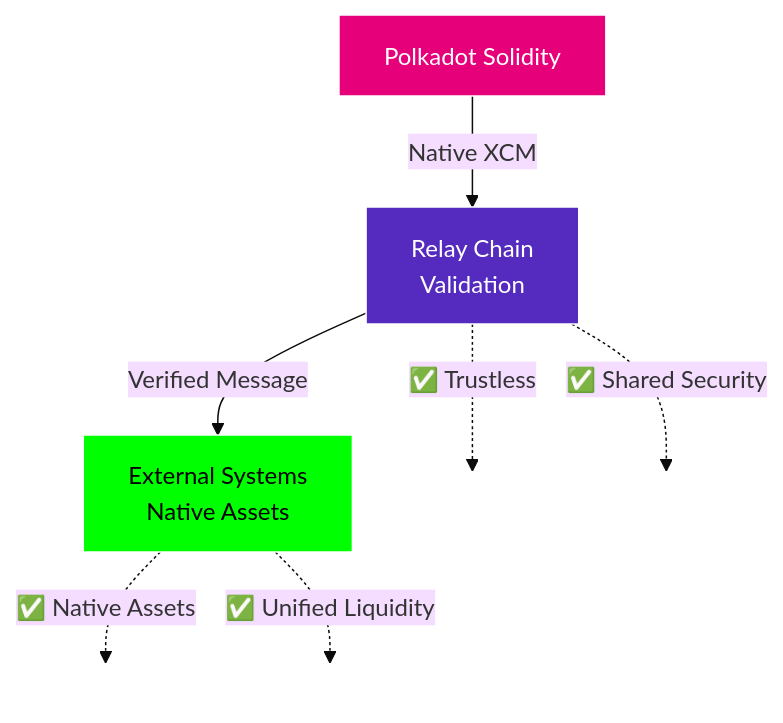
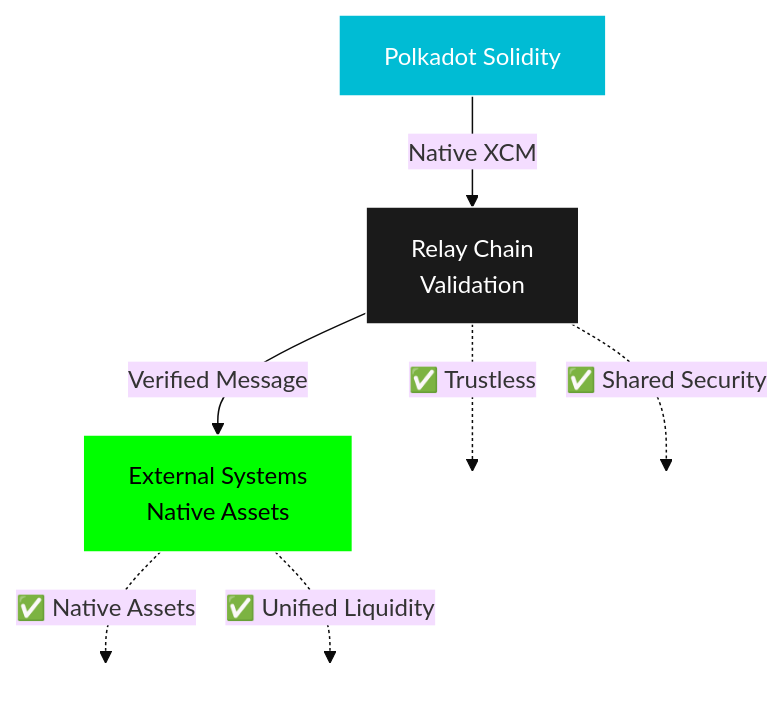
One commit to openguild-labs/polkadot-codecamp changed the fifth of 6 diagrams in slides/cross-chain-defi-primitives.md. Above: the diagram before and after it, drawn with Mermaid (base theme). The commit also changed other lines of this file and 6 other files, not shown here.

````diff
--- a/slides/cross-chain-defi-primitives.md
+++ b/slides/cross-chain-defi-primitives.md
@@ -162,22 +162,22 @@
 ```mermaid
 graph TB
     HUB[Polkadot Solidity]
     RELAY[Relay Chain<br/>Validation]
     EXT[External Systems<br/>Native Assets]
 
     HUB -->|Native XCM| RELAY
     RELAY -->|Verified Message| EXT
 
     RELAY -.->|✅ Trustless| GOOD1[ ]
     EXT -.->|✅ Native Assets| GOOD2[ ]
     RELAY -.->|✅ Shared Security| GOOD3[ ]
     EXT -.->|✅ Unified Liquidity| GOOD4[ ]
 
-    style HUB fill:#E6007A,stroke:#fff,color:#fff
-    style RELAY fill:#552BBF,stroke:#fff,color:#fff
+    style HUB fill:#00BCD4,stroke:#fff,color:#fff
+    style RELAY fill:#1a1a1a,stroke:#fff,color:#fff
     style EXT fill:#00ff00,stroke:#fff,color:#000
     style GOOD1 fill:none,stroke:none
     style GOOD2 fill:none,stroke:none
     style GOOD3 fill:none,stroke:none
     style GOOD4 fill:none,stroke:none
 ```
````
